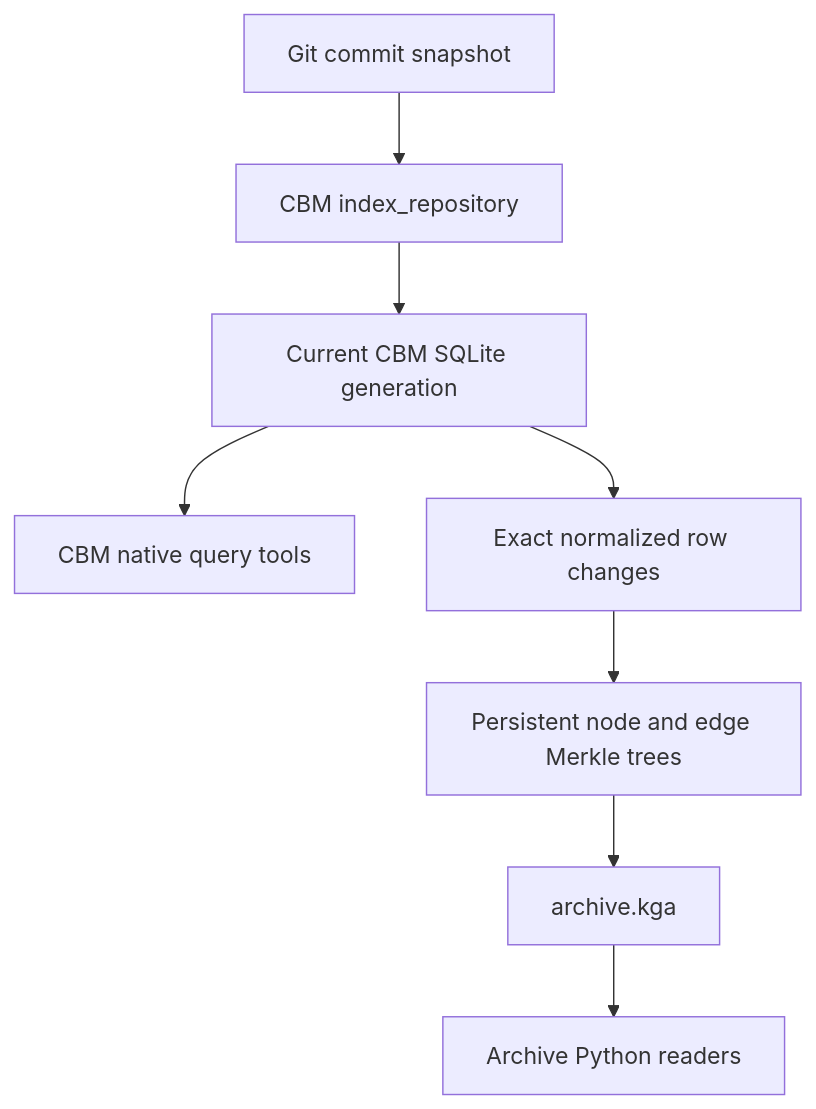
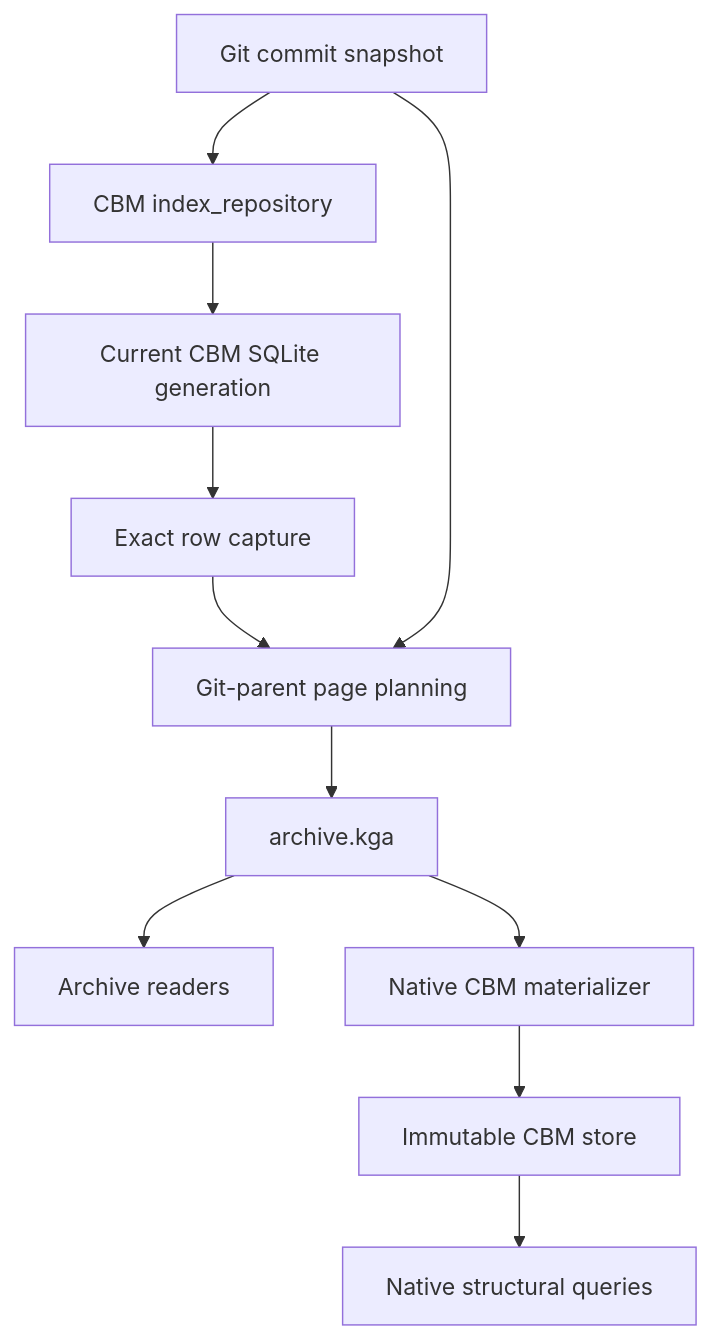
The diagram in docs/codebase-graph.md (Delva0/gh-puller), drawn with Mermaid before and after one commit. The commit also changed other lines of this file and 11 other files, not shown here.

Commit message:
refactor(codebase): store KGA deltas against git parents

````diff
--- a/docs/codebase-graph.md
+++ b/docs/codebase-graph.md
@@ -24,10 +25,13 @@
 ```mermaid
 flowchart TD
     Git["Git commit snapshot"] --> Index["CBM index_repository"]
     Index --> Current["Current CBM SQLite generation"]
-    Current --> NativeQuery["CBM native query tools"]
-    Current --> Changes["Exact normalized row changes"]
-    Changes --> Merkle["Persistent node and edge Merkle trees"]
-    Merkle --> KGA["archive.kga"]
-    KGA --> HistoryQuery["Archive Python readers"]
+    Current --> Capture["Exact row capture"]
+    Capture --> Plan["Git-parent page planning"]
+    Git --> Plan
+    Plan --> KGA["archive.kga"]
+    KGA --> HistoryQuery["Archive readers"]
+    KGA --> Import["Native CBM materializer"]
+    Import --> Store["Immutable CBM store"]
+    Store --> NativeQuery["Native structural queries"]
 ```
````
